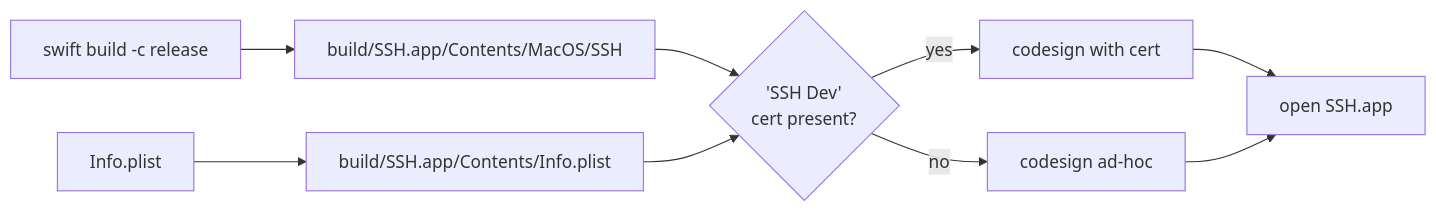
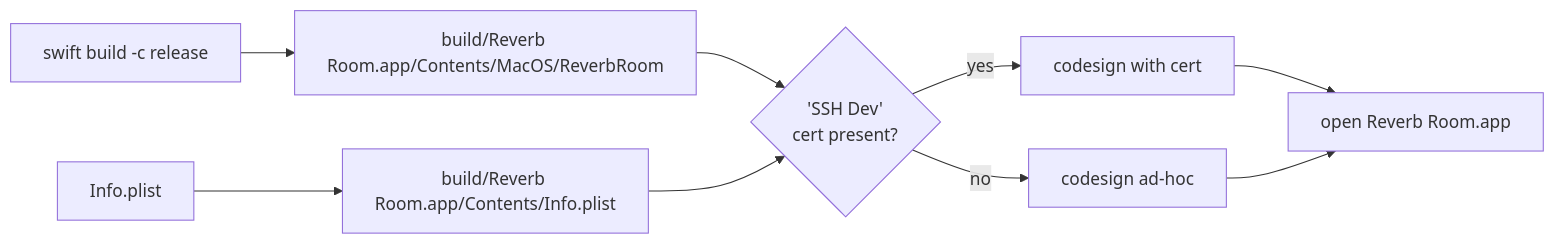
One commit to parinwarishui/reverb-room changed the seventh of 7 diagrams in docs/ARCHITECTURE.md. Above: the diagram before and after it, drawn with Mermaid. The commit also changed other lines of this file and 36 other files, not shown here.

````diff
--- a/docs/ARCHITECTURE.md
+++ b/docs/ARCHITECTURE.md
@@ -223,11 +368,11 @@
 ```mermaid
 flowchart LR
-    A[swift build -c release] --> B[build/SSH.app/Contents/MacOS/SSH]
-    I[Info.plist] --> B2[build/SSH.app/Contents/Info.plist]
+    A[swift build -c release] --> B["build/Reverb Room.app/Contents/MacOS/ReverbRoom"]
+    I[Info.plist] --> B2["build/Reverb Room.app/Contents/Info.plist"]
     B --> S{"'SSH Dev'<br/>cert present?"}
     B2 --> S
     S -->|yes| S1[codesign with cert]
     S -->|no| S2[codesign ad-hoc]
-    S1 --> O[open SSH.app]
+    S1 --> O["open Reverb Room.app"]
     S2 --> O
 ```
````
